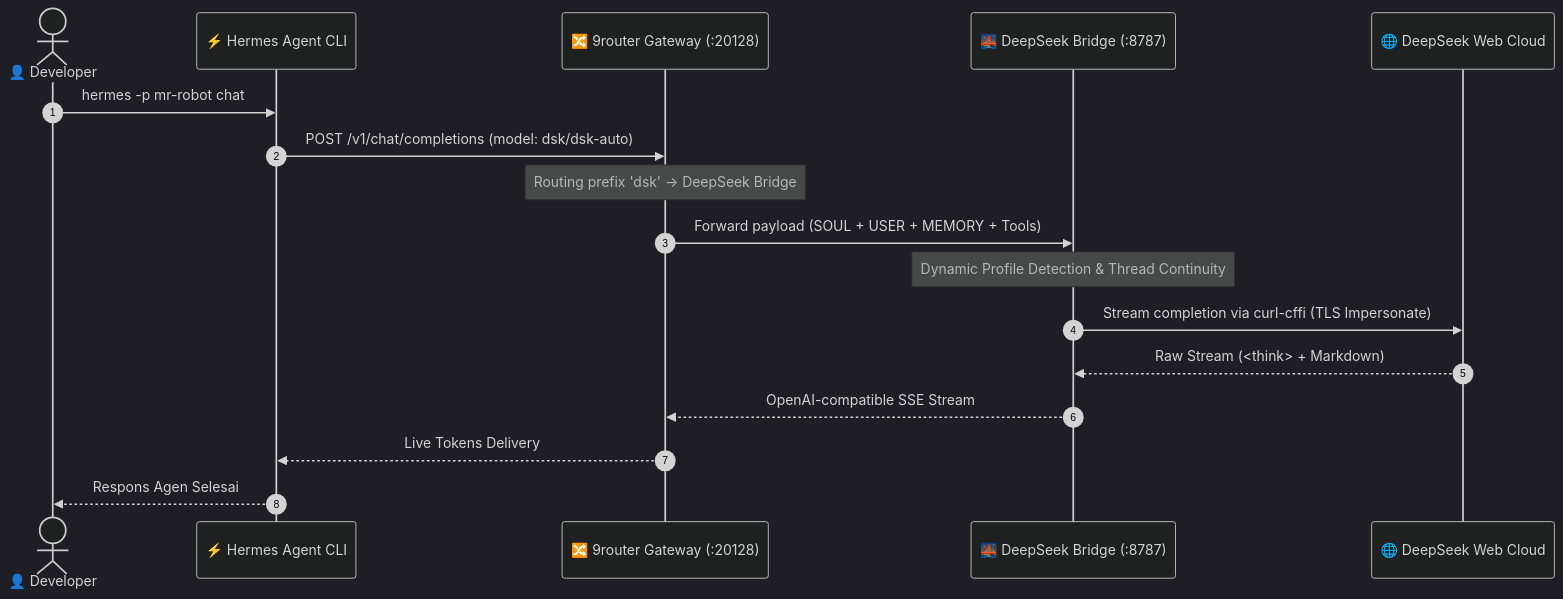
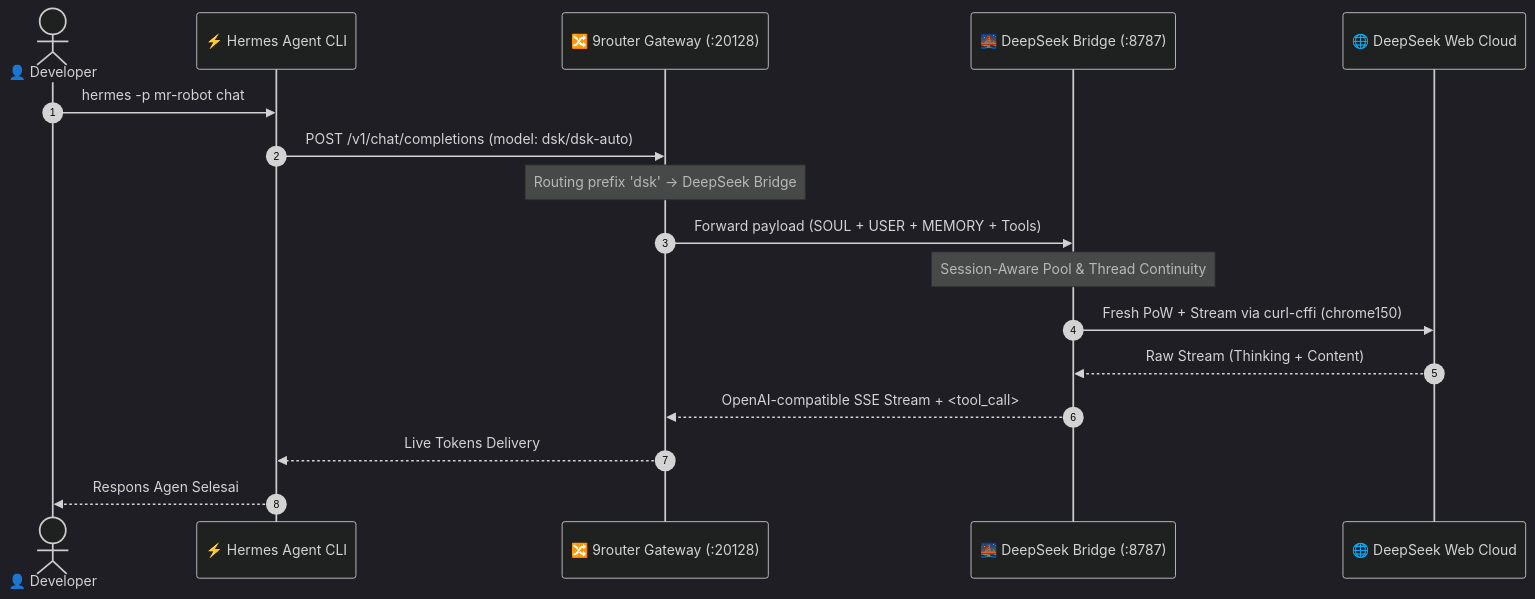
The first of 2 diagrams in README.md (Muhammad-Rizqullah-Akbar/deepseek-bridge-portable), drawn with Mermaid (dark theme) before and after one commit. The commit also changed other lines of this file, not shown here.

````diff
--- a/README.md
+++ b/README.md
@@ -41,20 +45,20 @@
 ```mermaid
 sequenceDiagram
     autonumber
     actor User as 👤 Developer
     participant Hermes as ⚡ Hermes Agent CLI
     participant NineRouter as 🔀 9router Gateway (:20128)
     participant Bridge as 🌉 DeepSeek Bridge (:8787)
     participant DeepSeek as 🌐 DeepSeek Web Cloud
 
     User->>Hermes: hermes -p mr-robot chat
     Hermes->>NineRouter: POST /v1/chat/completions (model: dsk/dsk-auto)
     Note over NineRouter: Routing prefix 'dsk' -> DeepSeek Bridge
     NineRouter->>Bridge: Forward payload (SOUL + USER + MEMORY + Tools)
-    Note over Bridge: Dynamic Profile Detection & Thread Continuity
-    Bridge->>DeepSeek: Stream completion via curl-cffi (TLS Impersonate)
-    DeepSeek-->>Bridge: Raw Stream (<think> + Markdown)
-    Bridge-->>NineRouter: OpenAI-compatible SSE Stream
+    Note over Bridge: Session-Aware Pool & Thread Continuity
+    Bridge->>DeepSeek: Fresh PoW + Stream via curl-cffi (chrome150)
+    DeepSeek-->>Bridge: Raw Stream (Thinking + Content)
+    Bridge-->>NineRouter: OpenAI-compatible SSE Stream + <tool_call>
     NineRouter-->>Hermes: Live Tokens Delivery
     Hermes-->>User: Respons Agen Selesai
 ```
````
